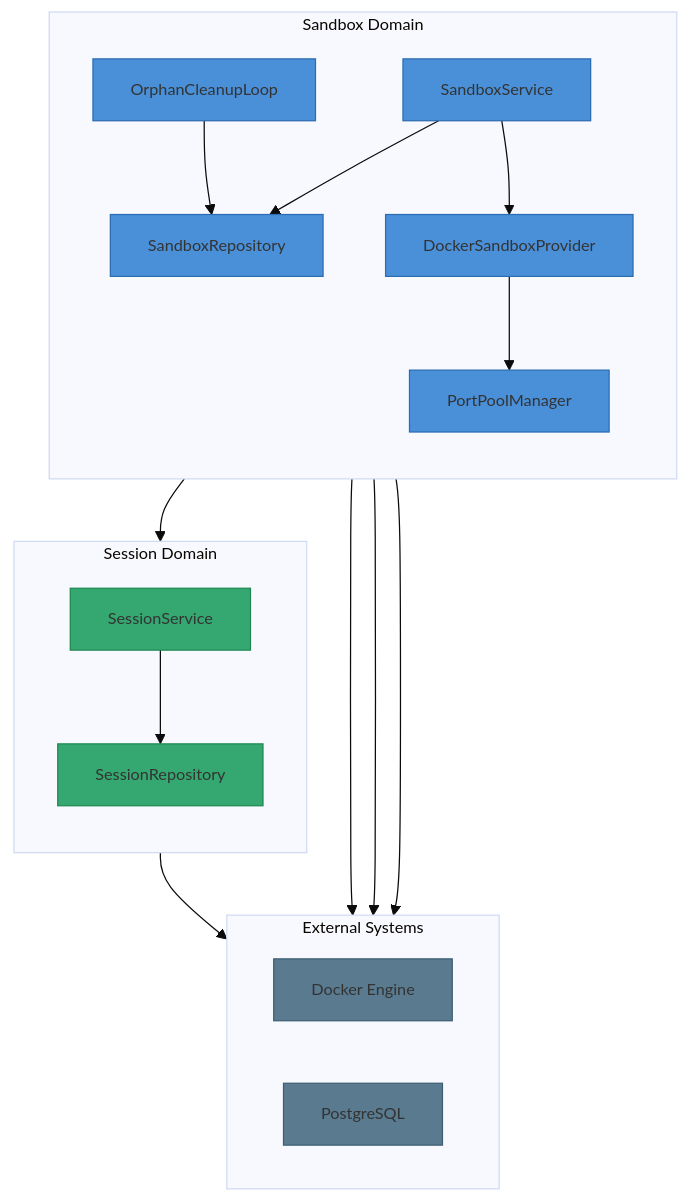
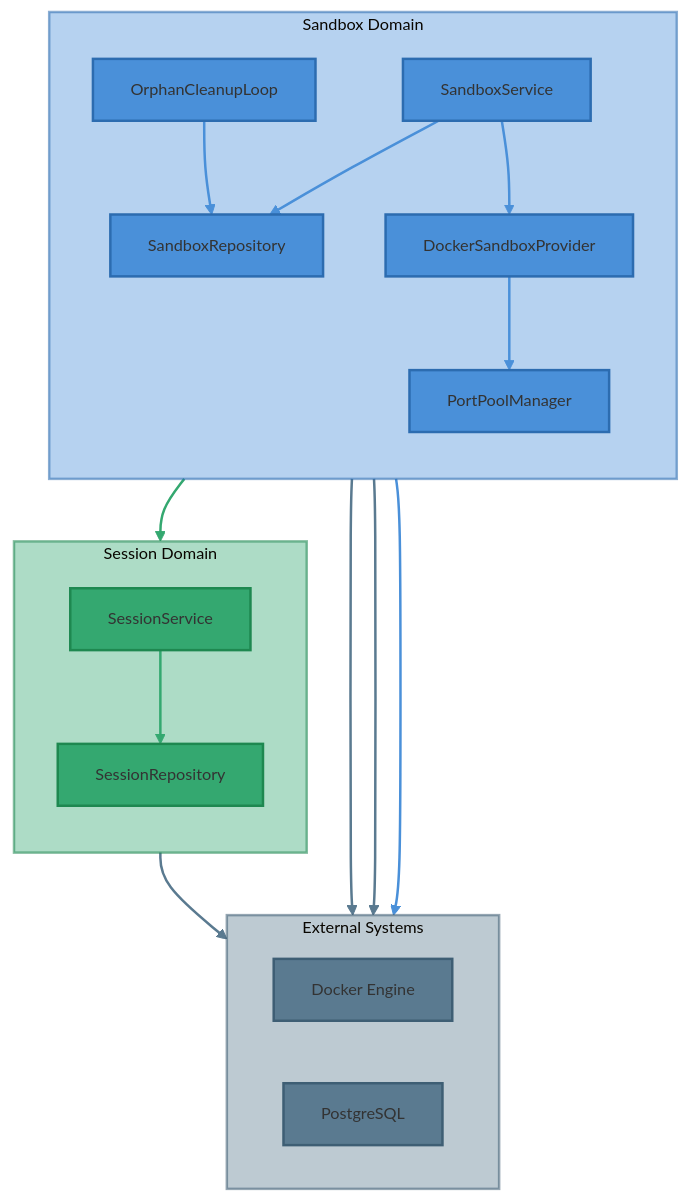
One commit to Intelligent-Internet/ii-agent changed the first of 4 diagrams in docs/design-docs/sandbox-lifecycle-assessment.md. Above: the diagram before and after it, drawn with Mermaid. The commit also changed other lines of this file and 72 other files, not shown here.

````diff
--- a/docs/design-docs/sandbox-lifecycle-assessment.md
+++ b/docs/design-docs/sandbox-lifecycle-assessment.md
@@ -47,43 +47,55 @@
 ```mermaid
 %%{init: {'theme':'base', 'themeVariables': {'fontFamily': 'Arial, sans-serif', 'fontSize': '13px', 'fontWeight': 'normal'}}}%%
 flowchart TD
     subgraph External["External Systems"]
         direction LR
         Docker["Docker Engine"]
         PG["PostgreSQL"]
     end
 
     subgraph Sandbox["Sandbox Domain"]
         direction TB
         SVC["SandboxService"]
         REPO["SandboxRepository"]
         CLEANUP["OrphanCleanupLoop"]
         DOCKER["DockerSandboxProvider"]
         PORT["PortPoolManager"]
     end
 
     subgraph Session["Session Domain"]
         direction TB
         SSVC["SessionService"]
         SREPO["SessionRepository"]
     end
 
     SVC --> REPO
     SVC --> DOCKER
     DOCKER --> PORT
     DOCKER --> Docker
     REPO --> PG
     CLEANUP --> REPO
     CLEANUP --> Docker
     CLEANUP --> SREPO
     SSVC --> SREPO
     SREPO --> PG
 
-    classDef external fill:#5a7a90,stroke:#3e5e74
-    classDef sandbox fill:#4a90d9,stroke:#2c6cb0
-    classDef session fill:#34a870,stroke:#1e8850
+    style External fill:#5a7a9066,stroke:#3e5e748C,stroke-width:2px
+    style Sandbox fill:#4a90d966,stroke:#2c6cb08C,stroke-width:2px
+    style Session fill:#34a87066,stroke:#1e88508C,stroke-width:2px
+
+    classDef external fill:#5a7a90,stroke:#3e5e74,stroke-width:2px
+    classDef sandbox fill:#4a90d9,stroke:#2c6cb0,stroke-width:2px
+    classDef session fill:#34a870,stroke:#1e8850,stroke-width:2px
 
     class Docker,PG external
     class SVC,REPO,CLEANUP,DOCKER,PORT sandbox
     class SSVC,SREPO session
+
+    linkStyle 0,1,2 stroke:#4a90d9,stroke-width:2px
+    linkStyle 3 stroke:#5a7a90,stroke-width:2px
+    linkStyle 4 stroke:#5a7a90,stroke-width:2px
+    linkStyle 5,6 stroke:#4a90d9,stroke-width:2px
+    linkStyle 7 stroke:#34a870,stroke-width:2px
+    linkStyle 8 stroke:#34a870,stroke-width:2px
+    linkStyle 9 stroke:#5a7a90,stroke-width:2px
 ```
````
